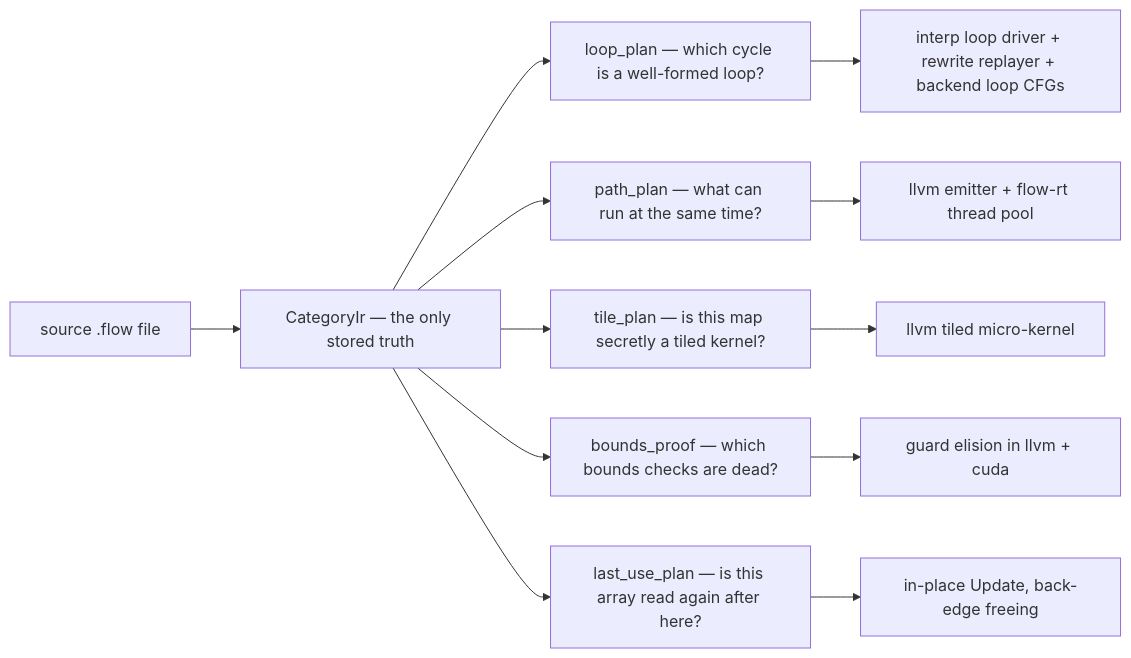
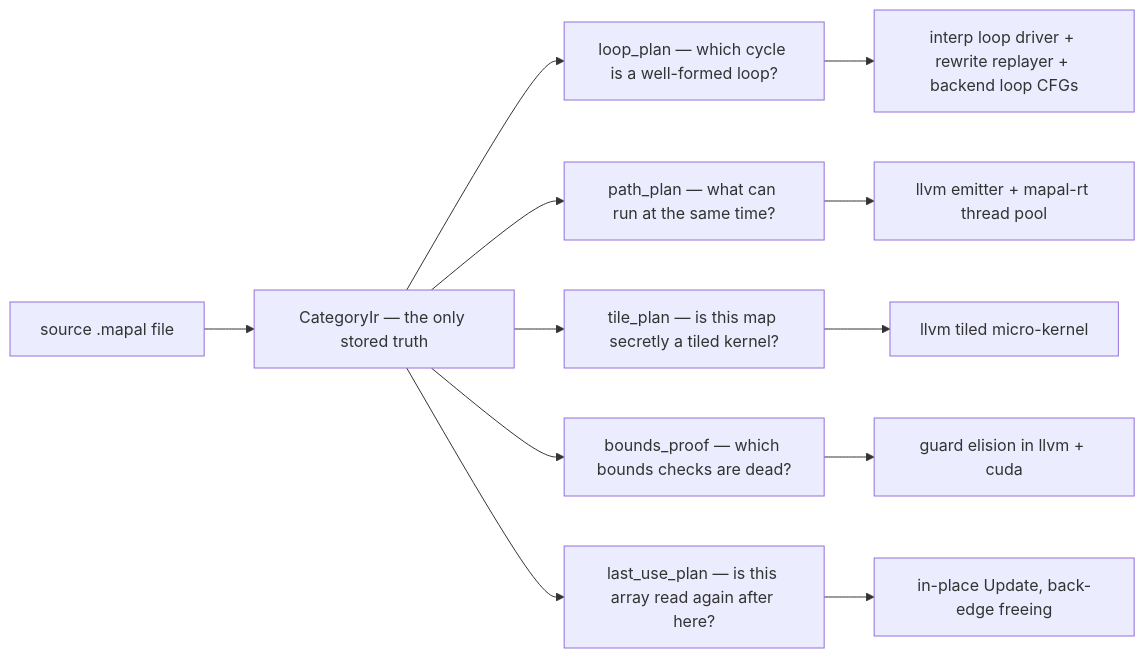
Before and after one commit to LessComplexity/flow: the first of 7 diagrams in docs/architecture/deduced-queries.md, drawn with Mermaid. The commit also changed other lines of this file and 659 other files, not shown here.

````diff
--- a/docs/architecture/deduced-queries.md
+++ b/docs/architecture/deduced-queries.md
@@ -33,14 +33,14 @@
 ```mermaid
 graph LR
-    S["source .flow file"] --> G["CategoryIr — the only stored truth"]
+    S["source .mapal file"] --> G["CategoryIr — the only stored truth"]
     G --> LP["loop_plan — which cycle is a well-formed loop?"]
     G --> PP["path_plan — what can run at the same time?"]
     G --> TP["tile_plan — is this map secretly a tiled kernel?"]
     G --> BP["bounds_proof — which bounds checks are dead?"]
     G --> LU["last_use_plan — is this array read again after here?"]
     LP --> DR["interp loop driver + rewrite replayer + backend loop CFGs"]
-    PP --> RT["llvm emitter + flow-rt thread pool"]
+    PP --> RT["llvm emitter + mapal-rt thread pool"]
     TP --> MK["llvm tiled micro-kernel"]
     BP --> GE["guard elision in llvm + cuda"]
     LU --> IU["in-place Update, back-edge freeing"]
 ```
````
